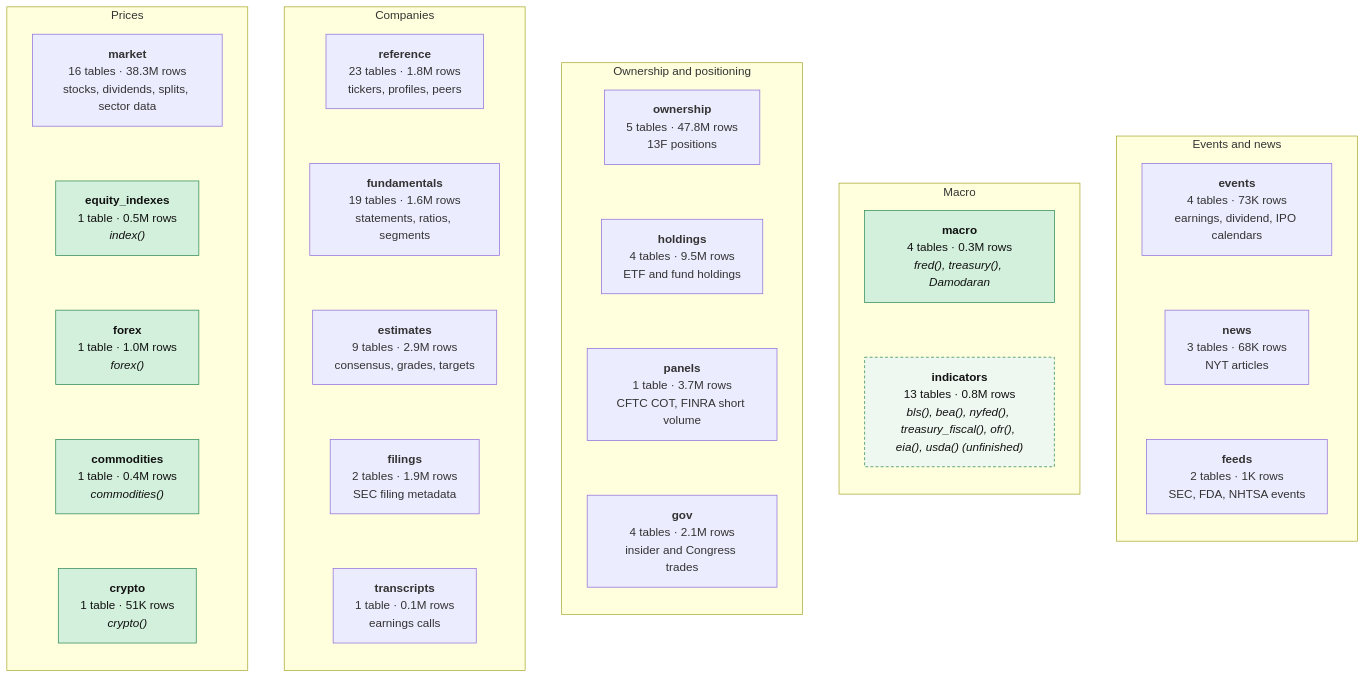
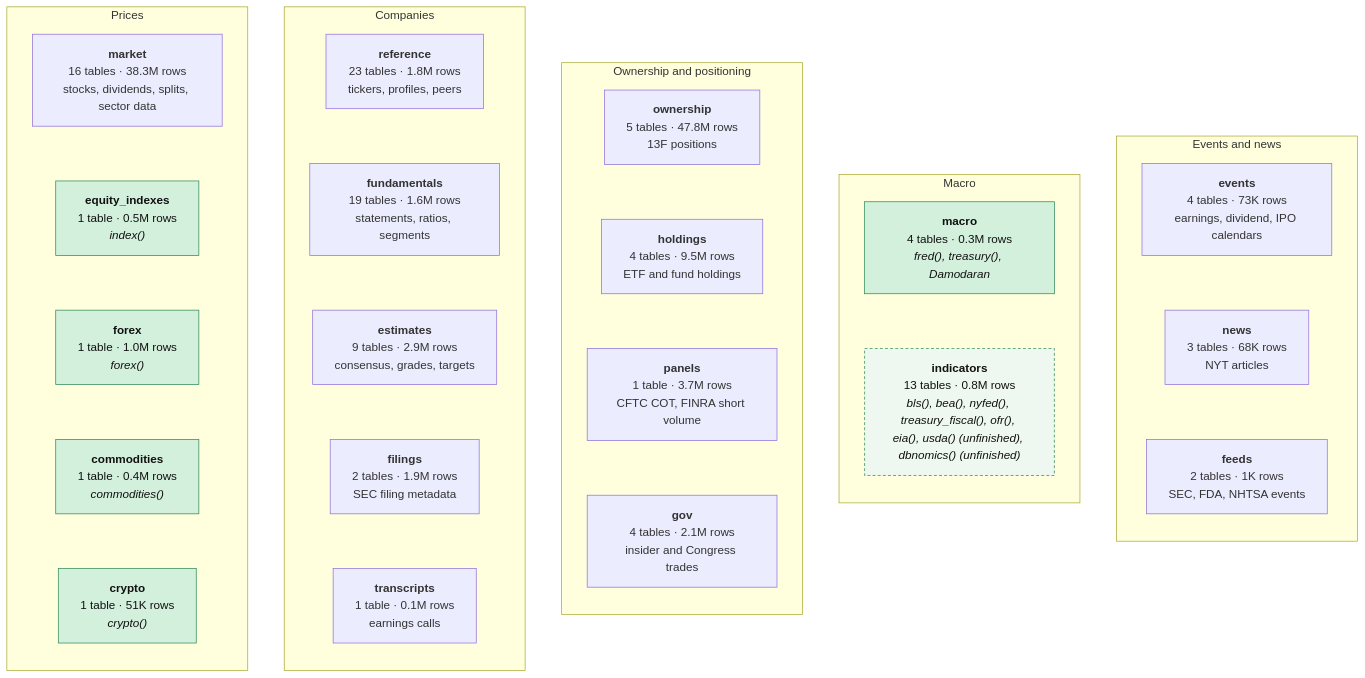
Before and after one commit to AnshArora04/arora_data: the third of 3 diagrams in README.md, drawn with Mermaid. The commit also changed other lines of this file and 7 other files, not shown here.

First line of the commit message:
feat: dbnomics() and dbnomics_series() over indicators.dbnomics (unfinished); graduation rule for notebooks/unfinished/

````diff
--- a/README.md
+++ b/README.md
@@ -80,48 +80,48 @@
 ```mermaid
 flowchart LR
   subgraph PR["Prices"]
     direction TB
     market["<b>market</b><br/>16 tables · 38.3M rows<br/>stocks, dividends, splits, sector data"]
     equity_indexes["<b>equity_indexes</b><br/>1 table · 0.5M rows<br/><i>index()</i>"]
     forex["<b>forex</b><br/>1 table · 1.0M rows<br/><i>forex()</i>"]
     commodities["<b>commodities</b><br/>1 table · 0.4M rows<br/><i>commodities()</i>"]
     crypto["<b>crypto</b><br/>1 table · 51K rows<br/><i>crypto()</i>"]
   end
   subgraph CO["Companies"]
     direction TB
     reference["<b>reference</b><br/>23 tables · 1.8M rows<br/>tickers, profiles, peers"]
     fundamentals["<b>fundamentals</b><br/>19 tables · 1.6M rows<br/>statements, ratios, segments"]
     estimates["<b>estimates</b><br/>9 tables · 2.9M rows<br/>consensus, grades, targets"]
     filings["<b>filings</b><br/>2 tables · 1.9M rows<br/>SEC filing metadata"]
     transcripts["<b>transcripts</b><br/>1 table · 0.1M rows<br/>earnings calls"]
   end
   subgraph OW["Ownership and positioning"]
     direction TB
     ownership["<b>ownership</b><br/>5 tables · 47.8M rows<br/>13F positions"]
     holdings["<b>holdings</b><br/>4 tables · 9.5M rows<br/>ETF and fund holdings"]
     panels["<b>panels</b><br/>1 table · 3.7M rows<br/>CFTC COT, FINRA short volume"]
     gov["<b>gov</b><br/>4 tables · 2.1M rows<br/>insider and Congress trades"]
   end
   subgraph MA["Macro"]
     direction TB
     macro["<b>macro</b><br/>4 tables · 0.3M rows<br/><i>fred(), treasury(), Damodaran</i>"]
-    indicators["<b>indicators</b><br/>13 tables · 0.8M rows<br/><i>bls(), bea(), nyfed(), treasury_fiscal(), ofr(), eia(), usda() (unfinished)</i>"]
+    indicators["<b>indicators</b><br/>13 tables · 0.8M rows<br/><i>bls(), bea(), nyfed(), treasury_fiscal(), ofr(), eia(), usda() (unfinished), dbnomics() (unfinished)</i>"]
   end
   subgraph EV["Events and news"]
     direction TB
     events["<b>events</b><br/>4 tables · 73K rows<br/>earnings, dividend, IPO calendars"]
     news["<b>news</b><br/>3 tables · 68K rows<br/>NYT articles"]
     feeds["<b>feeds</b><br/>2 tables · 1K rows<br/>SEC, FDA, NHTSA events"]
   end
   PR ~~~ CO ~~~ OW ~~~ MA ~~~ EV
   market ~~~ equity_indexes ~~~ forex ~~~ commodities ~~~ crypto
   reference ~~~ fundamentals ~~~ estimates ~~~ filings ~~~ transcripts
   ownership ~~~ holdings ~~~ panels ~~~ gov
   macro ~~~ indicators
   events ~~~ news ~~~ feeds
 
   classDef read fill:#d3f0dc,stroke:#2e8b57,color:#111
   classDef part fill:#eef7f0,stroke:#2e8b57,stroke-dasharray:4 3,color:#111
   class equity_indexes,forex,commodities,crypto,macro read
   class indicators part
 ```
````
